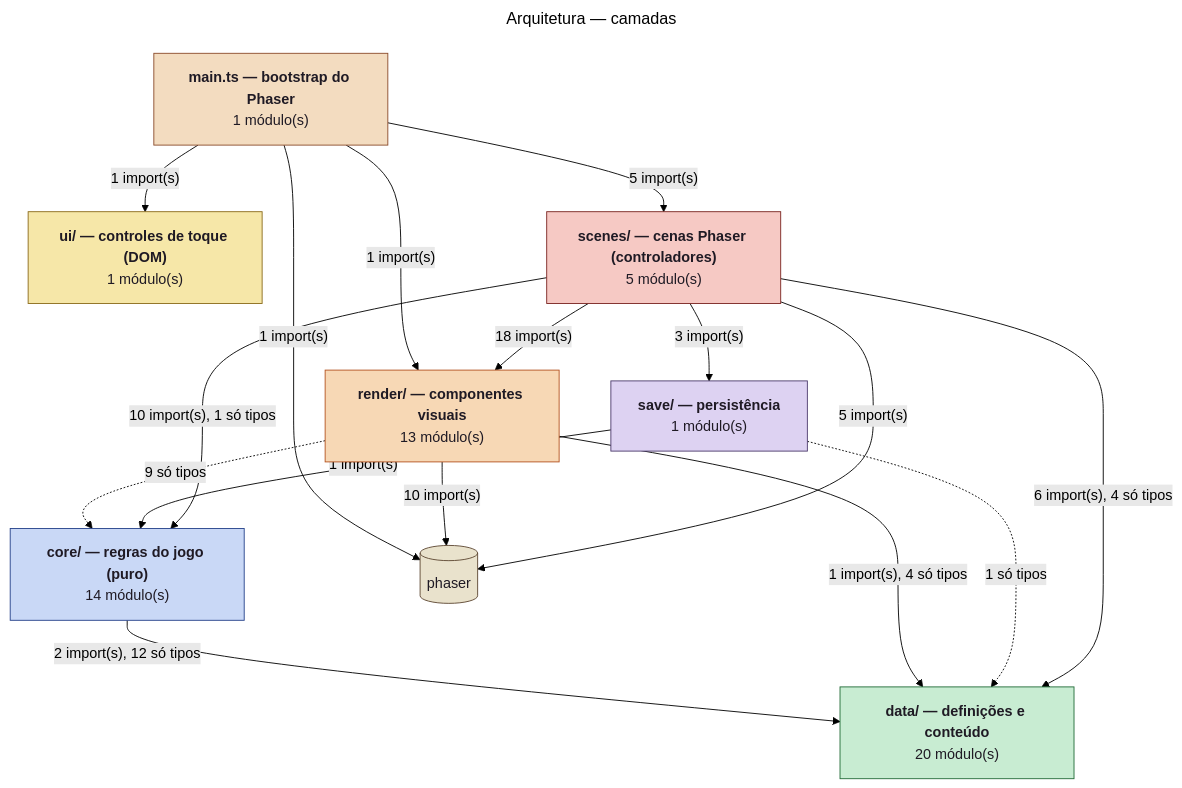
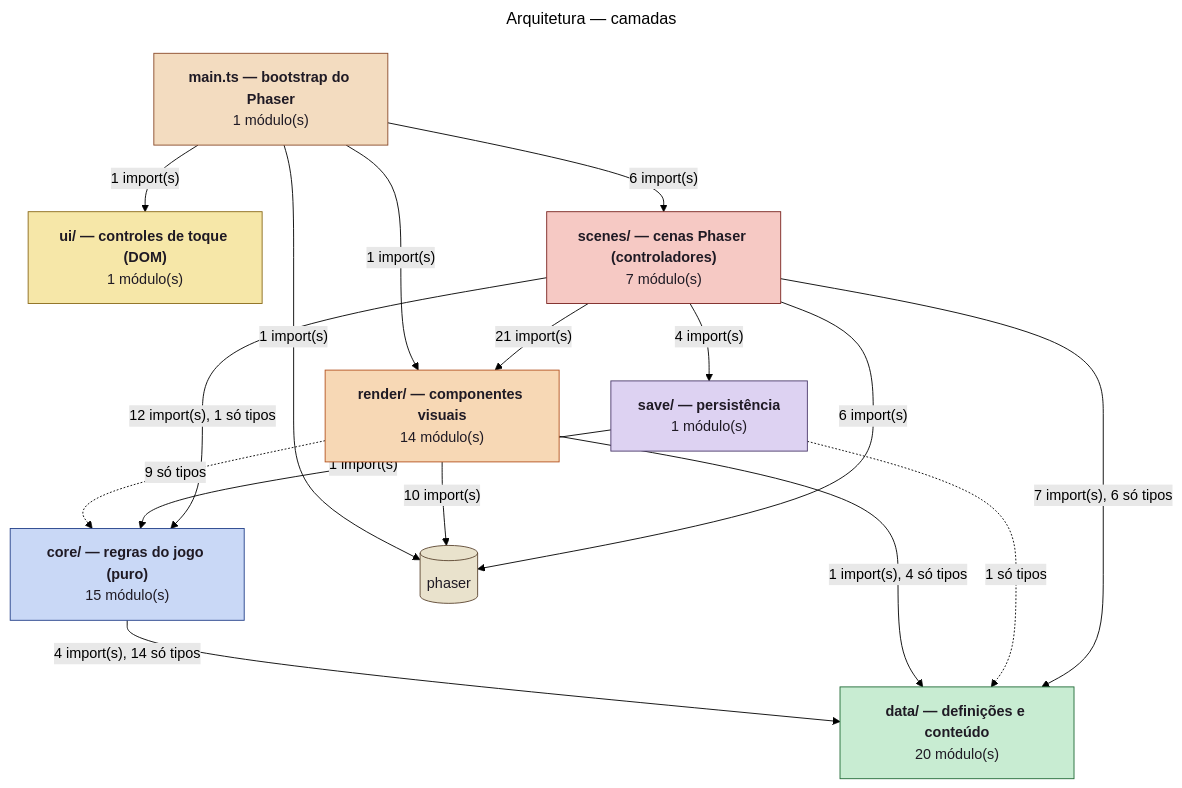
The first of 2 diagrams in docs/diagrams/architecture.md (Pitossomos/fire-crest), drawn with Mermaid (forest theme) before and after one commit. The commit also changed other lines of this file and 36 other files, not shown here.

````diff
--- a/docs/diagrams/architecture.md
+++ b/docs/diagrams/architecture.md
@@ -11,37 +11,37 @@
 ```mermaid
 ---
 title: Arquitetura — camadas
 ---
 flowchart TB
   app["<b>main.ts — bootstrap do Phaser</b><br/>1 módulo(s)"]:::layer_app
   ui["<b>ui/ — controles de toque (DOM)</b><br/>1 módulo(s)"]:::layer_ui
-  scenes["<b>scenes/ — cenas Phaser (controladores)</b><br/>5 módulo(s)"]:::layer_scenes
-  render["<b>render/ — componentes visuais</b><br/>13 módulo(s)"]:::layer_render
-  core["<b>core/ — regras do jogo (puro)</b><br/>14 módulo(s)"]:::layer_core
+  scenes["<b>scenes/ — cenas Phaser (controladores)</b><br/>7 módulo(s)"]:::layer_scenes
+  render["<b>render/ — componentes visuais</b><br/>14 módulo(s)"]:::layer_render
+  core["<b>core/ — regras do jogo (puro)</b><br/>15 módulo(s)"]:::layer_core
   data["<b>data/ — definições e conteúdo</b><br/>20 módulo(s)"]:::layer_data
   save["<b>save/ — persistência</b><br/>1 módulo(s)"]:::layer_save
   ext_phaser[("phaser")]:::external
   app -->|"1 import(s)"| ext_phaser
   app -->|"1 import(s)"| render
-  app -->|"5 import(s)"| scenes
+  app -->|"6 import(s)"| scenes
   app -->|"1 import(s)"| ui
-  core -->|"2 import(s), 12 só tipos"| data
+  core -->|"4 import(s), 14 só tipos"| data
   render -.->|"9 só tipos"| core
   render -->|"1 import(s), 4 só tipos"| data
   render -->|"10 import(s)"| ext_phaser
   save -->|"1 import(s)"| core
   save -.->|"1 só tipos"| data
-  scenes -->|"10 import(s), 1 só tipos"| core
-  scenes -->|"6 import(s), 4 só tipos"| data
-  scenes -->|"5 import(s)"| ext_phaser
-  scenes -->|"18 import(s)"| render
-  scenes -->|"3 import(s)"| save
+  scenes -->|"12 import(s), 1 só tipos"| core
+  scenes -->|"7 import(s), 6 só tipos"| data
+  scenes -->|"6 import(s)"| ext_phaser
+  scenes -->|"21 import(s)"| render
+  scenes -->|"4 import(s)"| save
   classDef external fill:#e9e2cc,stroke:#5c4630,color:#1f1a24
   classDef layer_app fill:#f3dcc0,stroke:#8a4a2a,color:#1f1a24
   classDef layer_scenes fill:#f6c9c4,stroke:#7a2420,color:#1f1a24
   classDef layer_render fill:#f7d8b5,stroke:#b4531f,color:#1f1a24
   classDef layer_core fill:#c9d8f6,stroke:#24418a,color:#1f1a24
   classDef layer_data fill:#c8ecd2,stroke:#226b37,color:#1f1a24
   classDef layer_save fill:#ddd2f2,stroke:#4b3a6b,color:#1f1a24
   classDef layer_ui fill:#f6e7a8,stroke:#8a6a1a,color:#1f1a24
 ```
````
